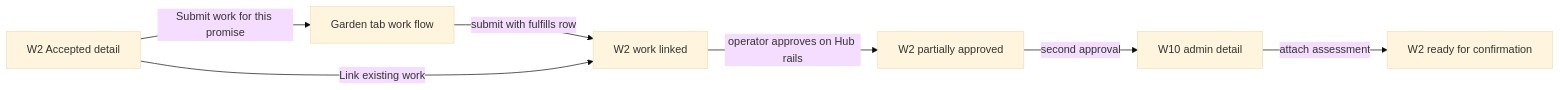
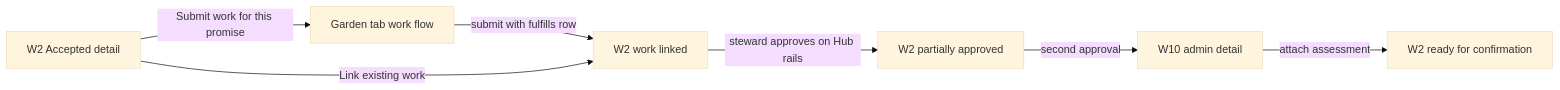
The fourth of 14 diagrams in .plans/active/commitment-pooling/prototypes.md (greenpill-dev-guild/green-goods), drawn with Mermaid (base theme) before and after one commit. The commit also changed other lines of this file and 20 other files, not shown here.

````diff
--- a/.plans/active/commitment-pooling/prototypes.md
+++ b/.plans/active/commitment-pooling/prototypes.md
@@ -156,9 +158,9 @@
 ```mermaid
 flowchart LR
   A["W2 Accepted detail"] -->|"Submit work for this promise"| B["Garden tab work flow"]
   B -->|"submit with fulfills row"| C["W2 work linked"]
   A -->|"Link existing work"| C
-  C -->|"operator approves on Hub rails"| D["W2 partially approved"]
+  C -->|"steward approves on Hub rails"| D["W2 partially approved"]
   D -->|"second approval"| E["W10 admin detail"]
   E -->|"attach assessment"| F["W2 ready for confirmation"]
 ```
````
